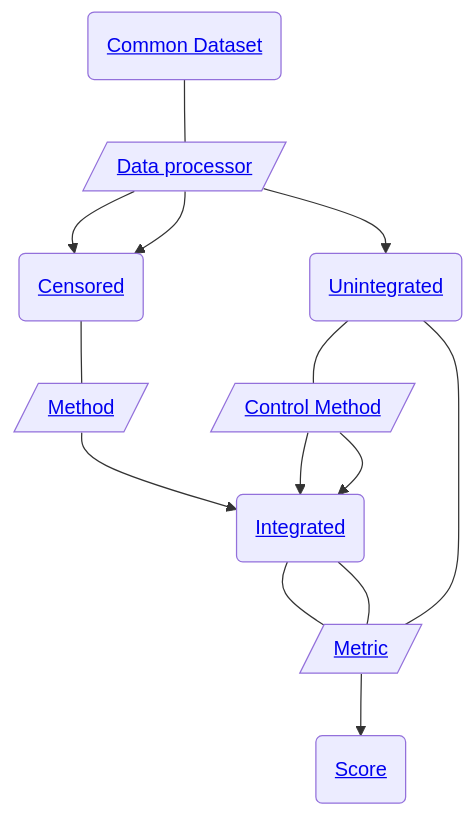
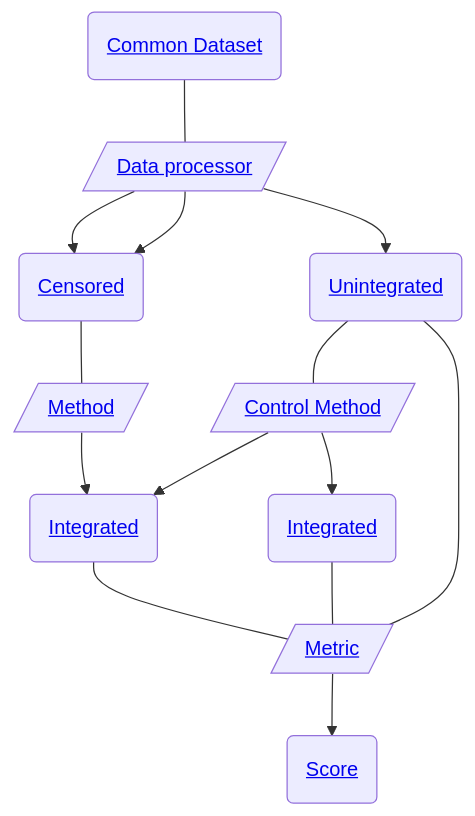
The diagram in README.md (openproblems-bio/task_cyto_batch_integration), drawn with Mermaid before and after one commit. The commit also changed other lines of this file and 19 other files, not shown here.

````diff
--- a/README.md
+++ b/README.md
@@ -45,25 +45,26 @@
 ``` mermaid
 flowchart TB
   file_common_dataset("<a href='https://github.com/openproblems-bio/task_cyto_batch_integration#file-format-common-dataset'>Common Dataset</a>")
   comp_data_processor[/"<a href='https://github.com/openproblems-bio/task_cyto_batch_integration#component-type-data-processor'>Data processor</a>"/]
   file_censored("<a href='https://github.com/openproblems-bio/task_cyto_batch_integration#file-format-censored'>Censored</a>")
   file_unintegrated("<a href='https://github.com/openproblems-bio/task_cyto_batch_integration#file-format-unintegrated'>Unintegrated</a>")
   comp_method[/"<a href='https://github.com/openproblems-bio/task_cyto_batch_integration#component-type-method'>Method</a>"/]
   comp_control_method[/"<a href='https://github.com/openproblems-bio/task_cyto_batch_integration#component-type-control-method'>Control Method</a>"/]
   comp_metric[/"<a href='https://github.com/openproblems-bio/task_cyto_batch_integration#component-type-metric'>Metric</a>"/]
-  file_integrated("<a href='https://github.com/openproblems-bio/task_cyto_batch_integration#file-format-integrated'>Integrated</a>")
+  file_integrated_split1("<a href='https://github.com/openproblems-bio/task_cyto_batch_integration#file-format-integrated'>Integrated</a>")
+  file_integrated_split2("<a href='https://github.com/openproblems-bio/task_cyto_batch_integration#file-format-integrated'>Integrated</a>")
   file_score("<a href='https://github.com/openproblems-bio/task_cyto_batch_integration#file-format-score'>Score</a>")
   file_common_dataset---comp_data_processor
   comp_data_processor-->file_censored
   comp_data_processor-->file_censored
   comp_data_processor-->file_unintegrated
   file_censored---comp_method
   file_unintegrated---comp_control_method
   file_unintegrated---comp_metric
-  comp_method-->file_integrated
-  comp_control_method-->file_integrated
-  comp_control_method-->file_integrated
+  comp_method-->file_integrated_split1
+  comp_control_method-->file_integrated_split1
+  comp_control_method-->file_integrated_split2
   comp_metric-->file_score
-  file_integrated---comp_metric
-  file_integrated---comp_metric
+  file_integrated_split1---comp_metric
+  file_integrated_split2---comp_metric
 ```
````
